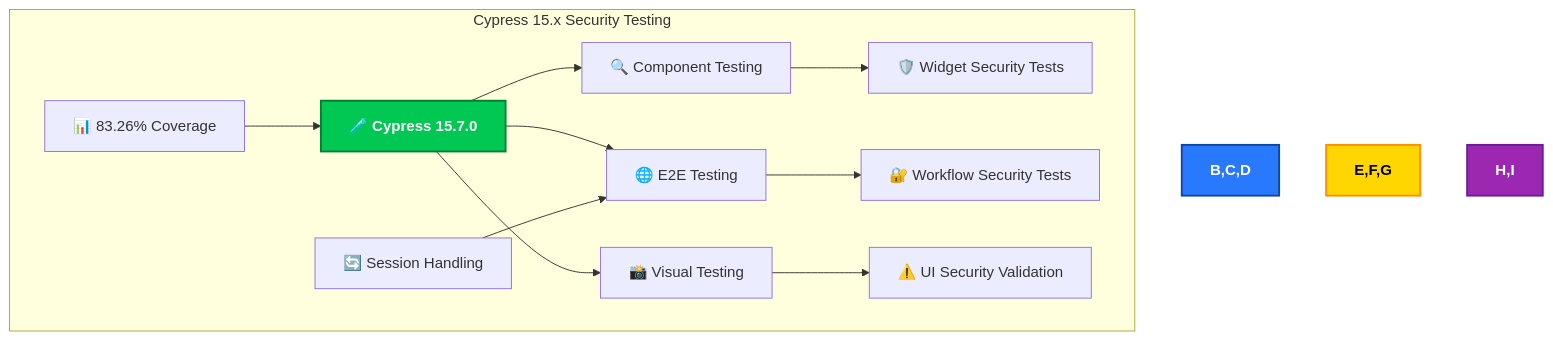
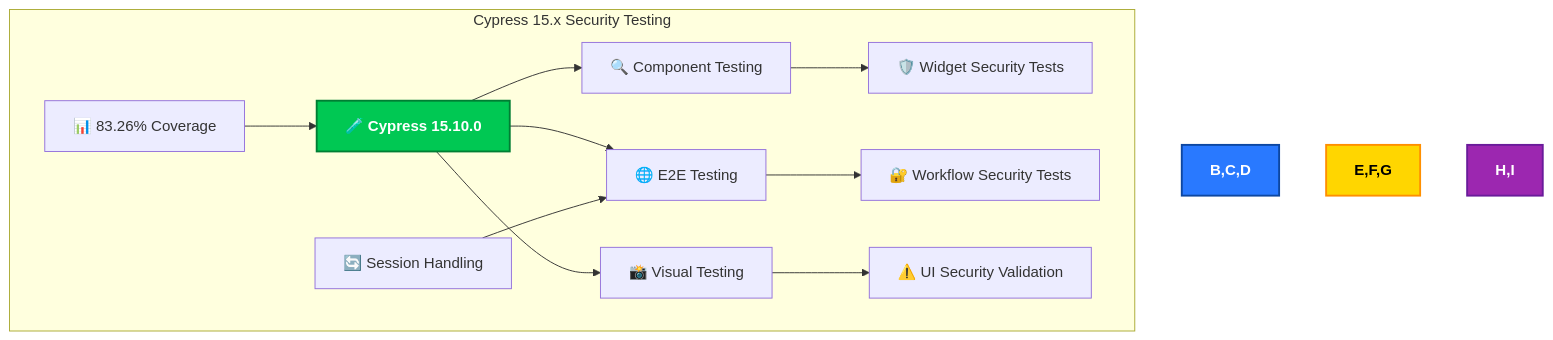
Before and after one commit to Hack23/cia-compliance-manager: diagram 20 of 32 in docs/architecture/SECURITY_ARCHITECTURE.md, drawn with Mermaid. The commit also changed other lines of this file and 7 other files, not shown here.

Commit message:
Update versions and dates across MINDMAP, THREAT_MODEL, WORKFLOWS, FLOWCHART, STATEDIAGRAM, DATA_MODEL, SECURITY_ARCHITECTURE, CRA-ASSESSMENT

````diff
--- a/docs/architecture/SECURITY_ARCHITECTURE.md
+++ b/docs/architecture/SECURITY_ARCHITECTURE.md
@@ -1298,20 +1298,20 @@
 ```mermaid
 flowchart TD
     subgraph "Cypress 15.x Security Testing"
-        A[🧪 Cypress 15.7.0] --> B[🔍 Component Testing]
+        A[🧪 Cypress 15.10.0] --> B[🔍 Component Testing]
         A --> C[🌐 E2E Testing]
         A --> D[📸 Visual Testing]
         
         B --> E[🛡️ Widget Security Tests]
         C --> F[🔐 Workflow Security Tests]
         D --> G[⚠️ UI Security Validation]
         
         H[📊 83.26% Coverage] --> A
         I[🔄 Session Handling] --> C
     end
 
     style A fill:#00C853,stroke:#007E33,stroke-width:2px,color:white,font-weight:bold
     style B,C,D fill:#2979FF,stroke:#0D47A1,stroke-width:2px,color:white,font-weight:bold
     style E,F,G fill:#FFD600,stroke:#FF8F00,stroke-width:2px,color:black,font-weight:bold
     style H,I fill:#9C27B0,stroke:#6A1B9A,stroke-width:2px,color:white,font-weight:bold
 ```
````
